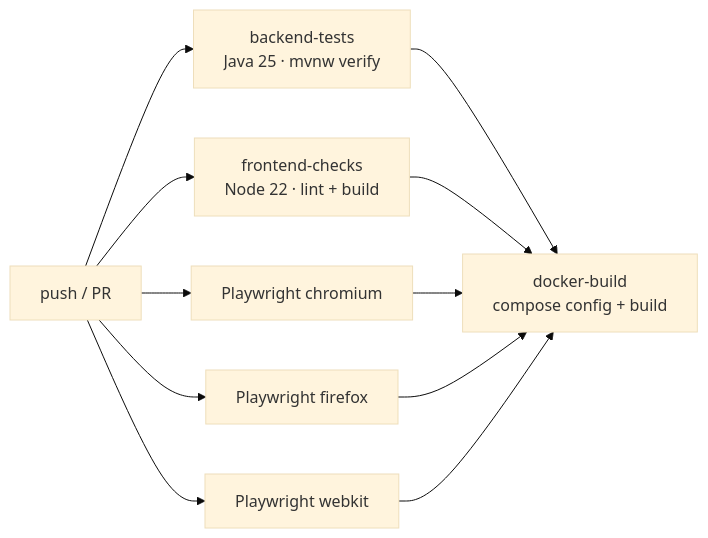
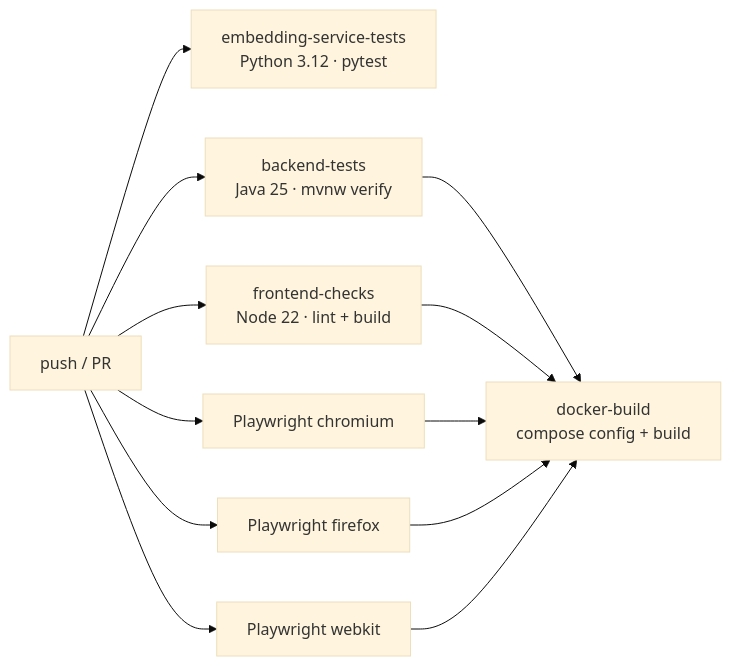
The fourth of 5 diagrams in docs/DOCUMENTACAO_TECNICA_DEVOPS.md (Forge-Fatec/wikilaw), drawn with Mermaid (base theme) before and after one commit. The commit also changed other lines of this file, not shown here.

Commit message:
docs: link ci guide and add embedding job to devops documentation

````diff
--- a/docs/DOCUMENTACAO_TECNICA_DEVOPS.md
+++ b/docs/DOCUMENTACAO_TECNICA_DEVOPS.md
@@ -622,13 +622,14 @@
 ```mermaid
 flowchart LR
-    T[push / PR] --> A[backend-tests<br/>Java 25 · mvnw verify]
+    T[push / PR] --> E[embedding-service-tests<br/>Python 3.12 · pytest]
+    T --> A[backend-tests<br/>Java 25 · mvnw verify]
     T --> B[frontend-checks<br/>Node 22 · lint + build]
     T --> C1[Playwright chromium]
     T --> C2[Playwright firefox]
     T --> C3[Playwright webkit]
     A --> D[docker-build<br/>compose config + build]
     B --> D
     C1 --> D
     C2 --> D
     C3 --> D
 ```
````
